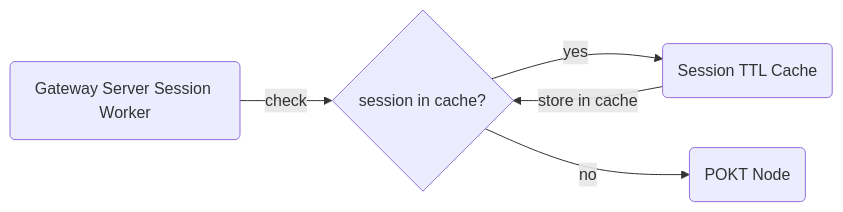
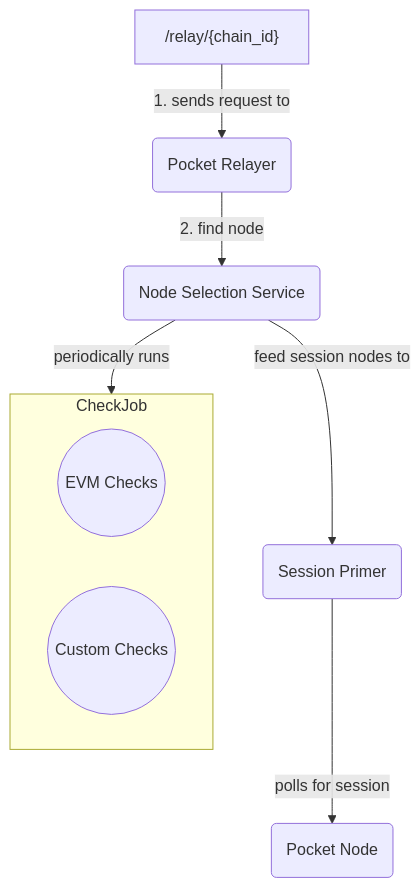
The diagram in gateways/host-a-gateway/node-selection.md (pokt-network/docs-v2), drawn with Mermaid before and after one commit. The commit also changed other lines of this file and 2 other files, not shown here.

````diff
--- a/gateways/host-a-gateway/node-selection.md
+++ b/gateways/host-a-gateway/node-selection.md
@@ -9,7 +7,16 @@
 ```mermaid
-graph LR
-    A(Gateway Server Session Worker) -->|check| B{session in cache?}
-    B -- yes --> C(Session TTL Cache)
-    B -- no --> D(POKT Node)
-    C -->|store in cache| B
+graph TD
+    A["/relay/{chain_id}"] -->|1. sends request to| B(Pocket Relayer)
+    B -->|2. find node| C(Node Selection Service)
+    C -->|feed session nodes to| D(Session Primer)
+    D -->|polls for session| E(Pocket Node)
+
+    subgraph F[CheckJob]
+    G((EVM Checks))
+    H((Custom Checks))
+    end
+
+    C -->|periodically runs| F
+
+
 ```
````
